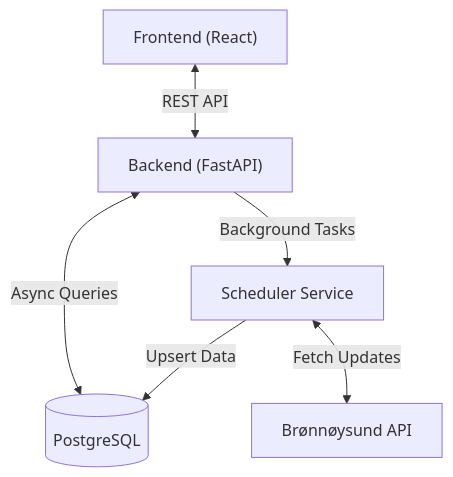
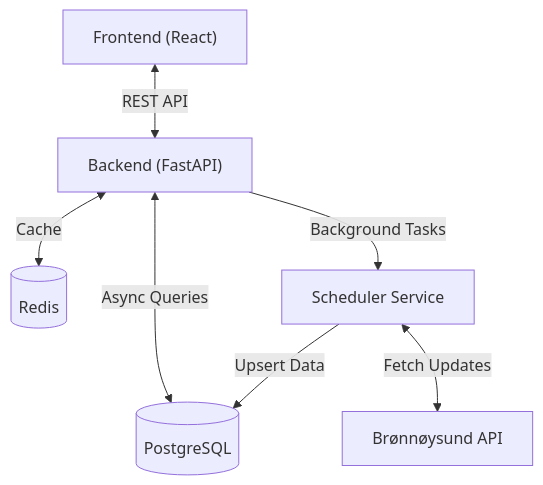
Before and after one commit to Bedriftsgrafen/bedriftsgrafen.no: the diagram in README.md, drawn with Mermaid. The commit also changed other lines of this file and 61 other files, not shown here.

````diff
--- a/README.md
+++ b/README.md
@@ -44,8 +44,9 @@
 ```mermaid
 graph TD
     Client["Frontend (React)"] <-->|REST API| API["Backend (FastAPI)"]
     API <-->|"Async Queries"| DB[("PostgreSQL")]
+    API <-->|"Cache"| Redis[("Redis")]
     API -->|"Background Tasks"| Sync["Scheduler Service"]
     Sync <-->|"Fetch Updates"| External["Brønnøysund API"]
     Sync -->|"Upsert Data"| DB
 ```
````
